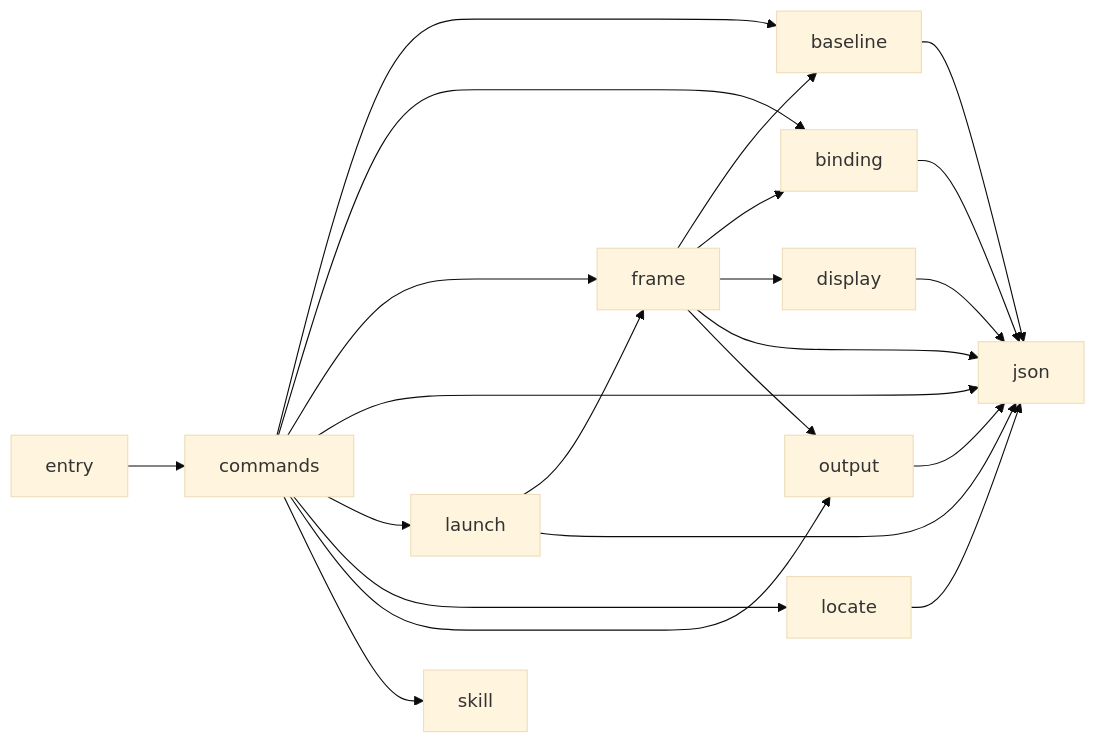
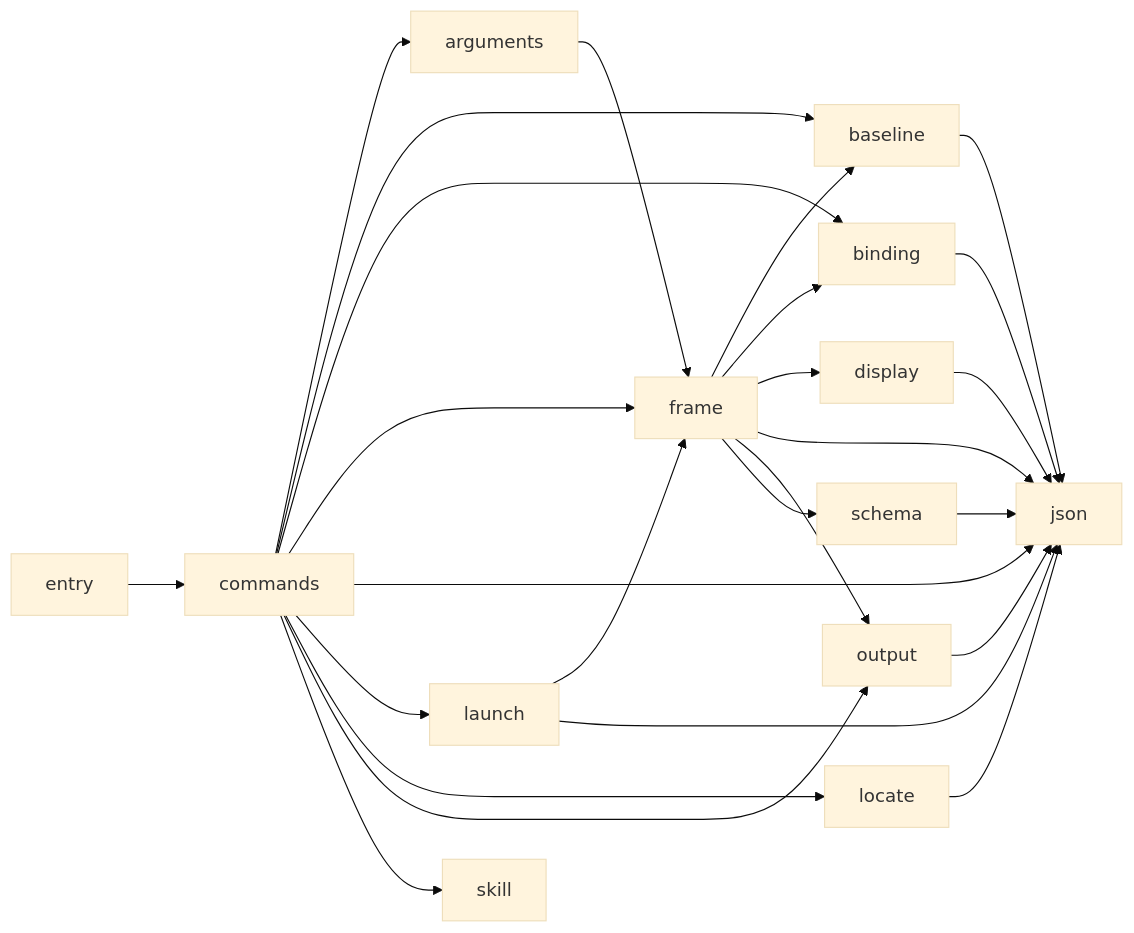
The diagram in docs/architecture/shell.md (rapiddweller/archkeel), drawn with Mermaid (base theme) before and after one commit. The commit also changed other lines of this file and 34 other files, not shown here.

Commit message:
Generate one schema for the core frame, check it in the shell and split the argument reader (AD-596, Part of #880)

````diff
--- a/docs/architecture/shell.md
+++ b/docs/architecture/shell.md
@@ -47,35 +49,41 @@
 ```mermaid
 flowchart LR
-    n_0["baseline"]
-    n_1["binding"]
-    n_2["commands"]
-    n_3["display"]
-    n_4["entry"]
-    n_5["frame"]
-    n_6["json"]
-    n_7["launch"]
-    n_8["locate"]
-    n_9["output"]
-    n_10["skill"]
+    n_0["arguments"]
+    n_1["baseline"]
+    n_2["binding"]
+    n_3["commands"]
+    n_4["display"]
+    n_5["entry"]
+    n_6["frame"]
+    n_7["json"]
+    n_8["launch"]
+    n_9["locate"]
+    n_10["output"]
+    n_11["schema"]
+    n_12["skill"]
     n_0 --> n_6
-    n_1 --> n_6
-    n_2 --> n_0
-    n_2 --> n_1
-    n_2 --> n_5
-    n_2 --> n_6
+    n_1 --> n_7
     n_2 --> n_7
-    n_2 --> n_8
-    n_2 --> n_9
-    n_2 --> n_10
+    n_3 --> n_0
+    n_3 --> n_1
+    n_3 --> n_2
     n_3 --> n_6
-    n_4 --> n_2
-    n_5 --> n_0
-    n_5 --> n_1
+    n_3 --> n_7
+    n_3 --> n_8
+    n_3 --> n_9
+    n_3 --> n_10
+    n_3 --> n_12
+    n_4 --> n_7
     n_5 --> n_3
-    n_5 --> n_6
-    n_5 --> n_9
-    n_7 --> n_5
-    n_7 --> n_6
+    n_6 --> n_1
+    n_6 --> n_2
+    n_6 --> n_4
+    n_6 --> n_7
+    n_6 --> n_10
+    n_6 --> n_11
     n_8 --> n_6
-    n_9 --> n_6
+    n_8 --> n_7
+    n_9 --> n_7
+    n_10 --> n_7
+    n_11 --> n_7
 ```
````
